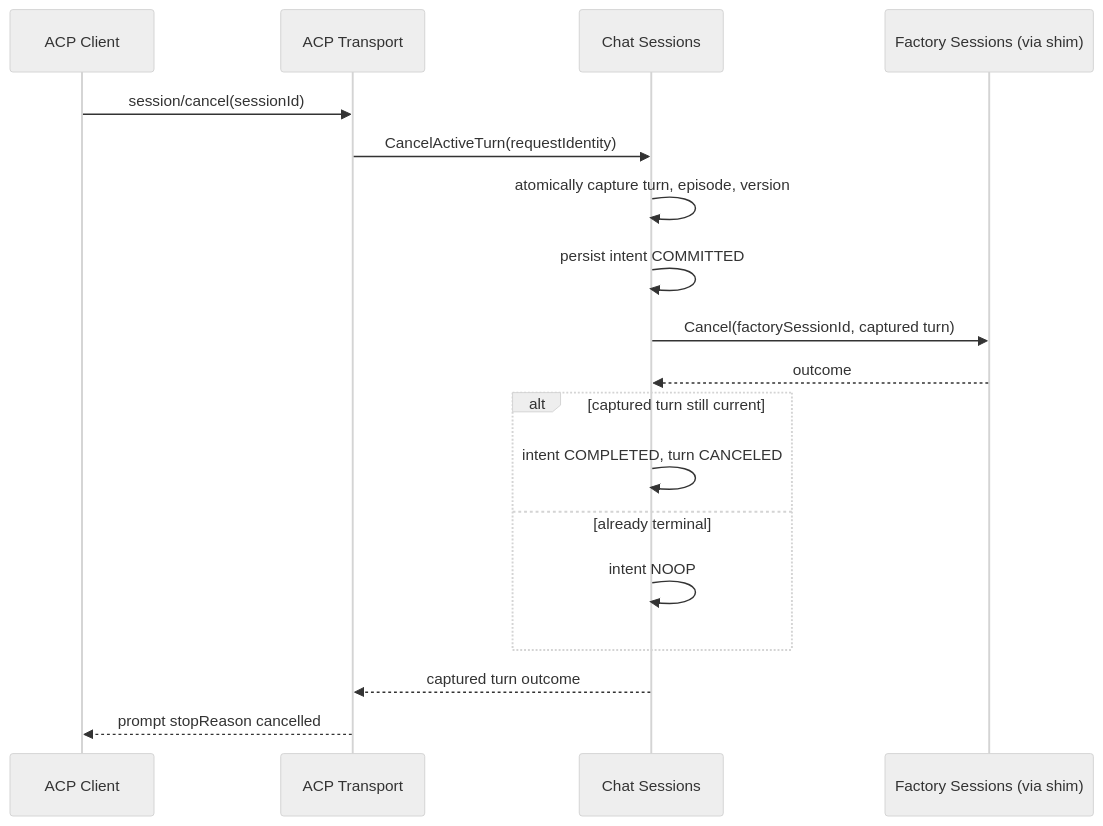
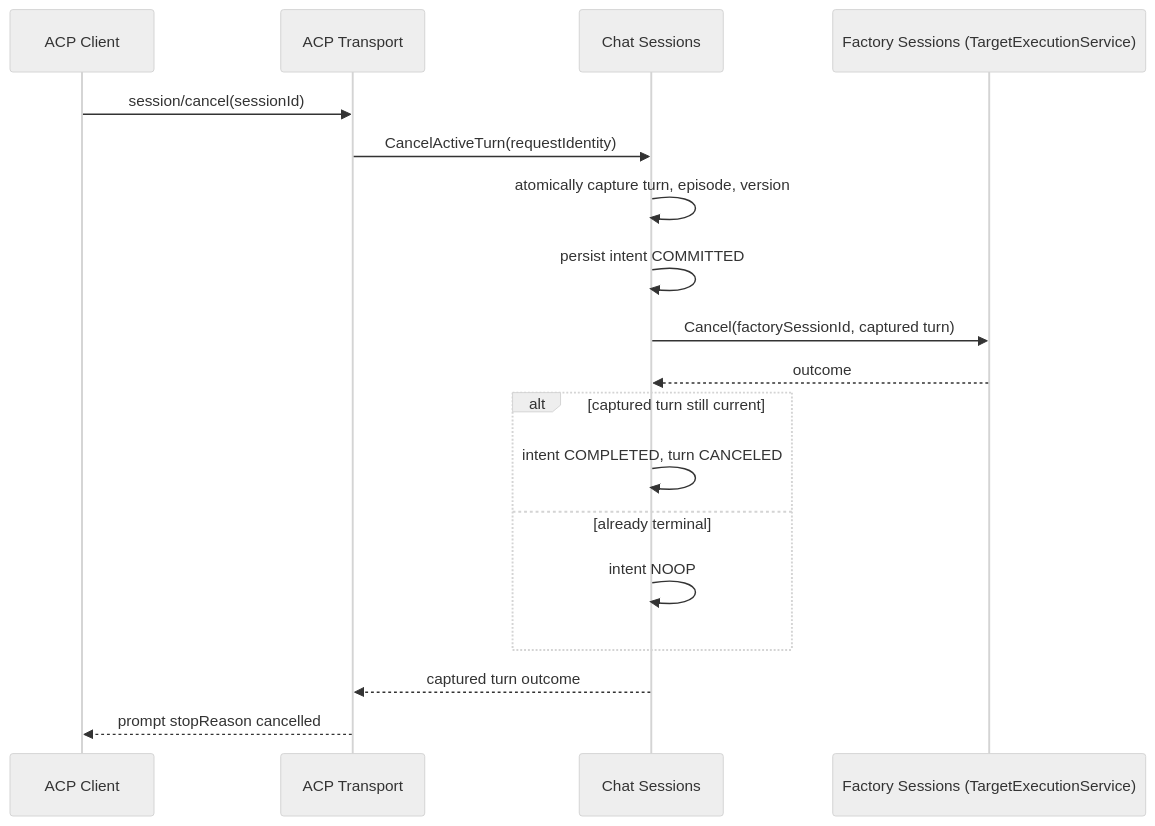
Before and after one commit to portpowered/you-agent-factory: the third of 4 diagrams in docs/internal/projects/acp-client/final-proposal.md, drawn with Mermaid (neutral theme). The commit also changed other lines of this file and 2 other files, not shown here.

Commit message:
ACP-L2-CLN-SHIM-REGISTER-002: route shim guidance

````diff
--- a/docs/internal/projects/acp-client/final-proposal.md
+++ b/docs/internal/projects/acp-client/final-proposal.md
@@ -529,21 +537,21 @@
 ```mermaid
 sequenceDiagram
     participant C as ACP Client
     participant A as ACP Transport
     participant Chat as Chat Sessions
-    participant FS as Factory Sessions (via shim)
+    participant FS as Factory Sessions (TargetExecutionService)
 
     C->>A: session/cancel(sessionId)
     A->>Chat: CancelActiveTurn(requestIdentity)
     Chat->>Chat: atomically capture turn, episode, version
     Chat->>Chat: persist intent COMMITTED
     Chat->>FS: Cancel(factorySessionId, captured turn)
     FS-->>Chat: outcome
     alt captured turn still current
         Chat->>Chat: intent COMPLETED, turn CANCELED
     else already terminal
         Chat->>Chat: intent NOOP
     end
     Chat-->>A: captured turn outcome
     A-->>C: prompt stopReason cancelled
 ```
````
